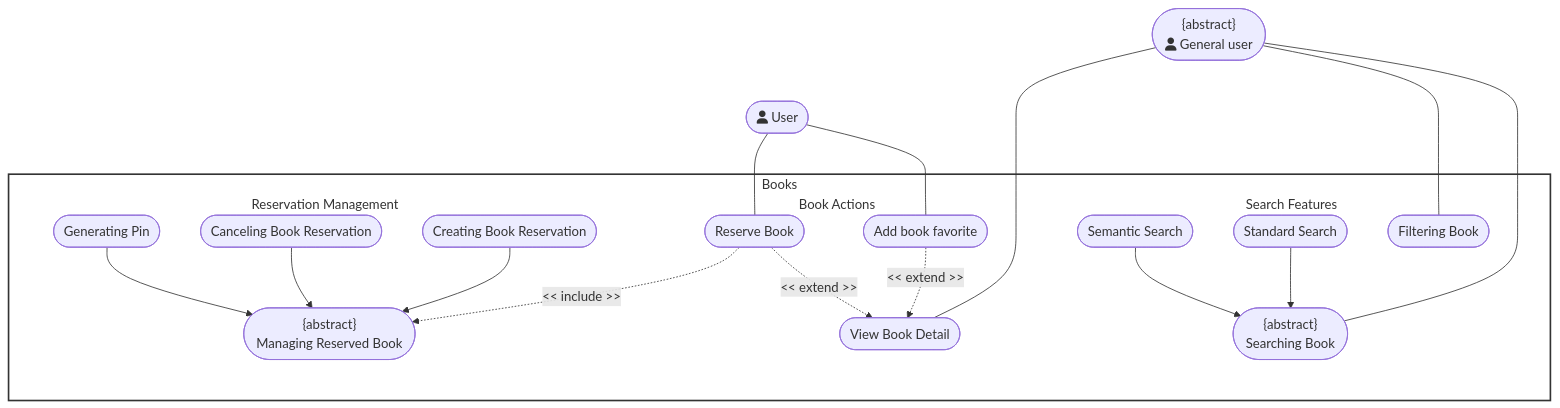
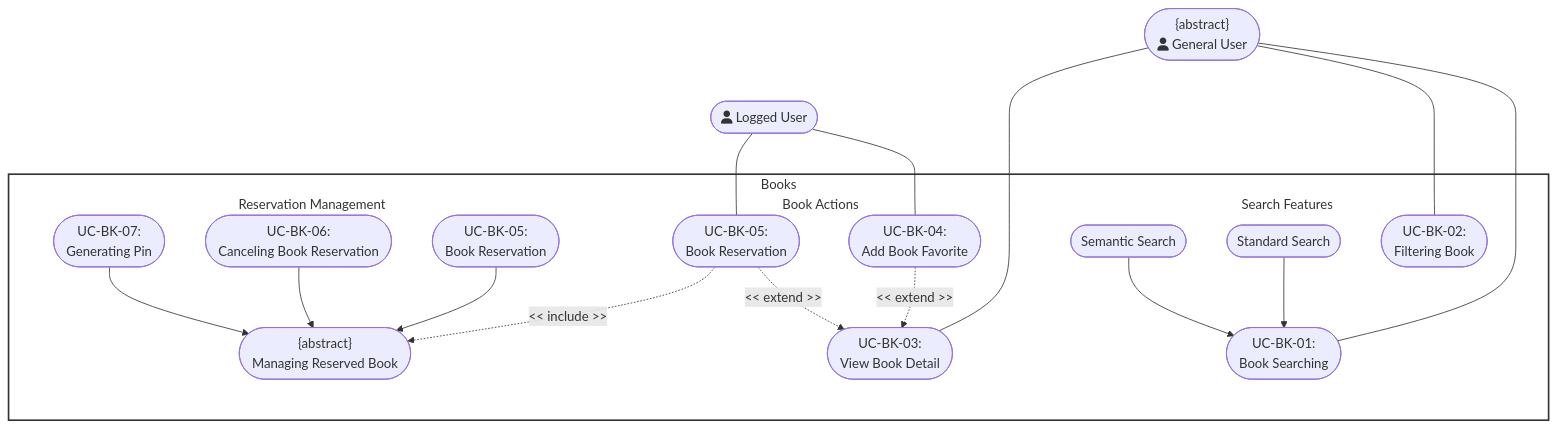
Before and after one commit to DuyNhat1705/AmeThyst-Library: the fourth of 9 diagrams in docs/management/PA3/Use-CaseDiagram.md, drawn with Mermaid. The commit also changed other lines of this file and 67 other files, not shown here.

Commit message:
update the Usecase specification and diagram

````diff
--- a/docs/management/PA3/Use-CaseDiagram.md
+++ b/docs/management/PA3/Use-CaseDiagram.md
@@ -144,65 +142,65 @@
 ```mermaid
 flowchart TD
     %% Actors 
-    Actor1(["<center>{abstract} <br> fa:fa-user General user</center>"])
-    Actor2(["fa:fa-user User"])
+    Actor1(["<center>{abstract} <br> fa:fa-user General User</center>"])
+    Actor2(["fa:fa-user Logged User"])
 
     %% System Boundary Subgraph
     subgraph BooksSystem [Books]
         %% Column 1: Search & Filter Features
         subgraph SearchBlock [Search Features]
             UC_StdSearch([Standard Search])
             UC_SemSearch([Semantic Search])
-            UC_AbsSearching(["<center>{abstract}<br>Searching Book</center>"])
-            UC_Filter([Filtering Book])
+            UC_AbsSearching(["<center>UC-BK-01:<br>Book Searching</center>"])
+            UC_Filter([UC-BK-02:<br>Filtering Book])
         end
         
         %% Column 2: Book Actions
         subgraph ActionBlock [Book Actions]
-            UC_ViewDetail([View Book Detail])
-            UC_AddFav([Add book favorite])
-            UC_Reserve([Reserve Book])
+            UC_ViewDetail([UC-BK-03:<br>View Book Detail])
+            UC_AddFav([UC-BK-04:<br>Add Book Favorite])
+            UC_Reserve([UC-BK-05:<br>Book Reservation])
         end
         
         %% Column 3: Reservation Management
         subgraph ReserveBlock [Reservation Management]
             UC_AbsManageReserve(["<center>{abstract}<br>Managing Reserved Book</center>"])
-            UC_CreateReserve([Creating Book Reservation])
-            UC_CancelReserve([Canceling Book Reservation])
-            UC_GenPin([Generating Pin])
+            UC_CreateReserve([UC-BK-05:<br>Book Reservation])
+            UC_CancelReserve([UC-BK-06:<br>Canceling Book Reservation])
+            UC_GenPin([UC-BK-07:<br>Generating Pin])
         end
     end
 
     %% -------------------------------------------------------------
     %% Actor Associations
     %% -------------------------------------------------------------
     Actor1 --- UC_AbsSearching
     Actor1 --- UC_Filter
     Actor1 --- UC_ViewDetail
     Actor2 --- UC_AddFav
     Actor2 --- UC_Reserve
     Actor1 ~~~ Actor2
 
     %% -------------------------------------------------------------
     %% Generalization Relationships
     %% -------------------------------------------------------------
     UC_StdSearch --> UC_AbsSearching
     UC_SemSearch --> UC_AbsSearching
     
     UC_CreateReserve --> UC_AbsManageReserve
     UC_CancelReserve --> UC_AbsManageReserve
     UC_GenPin --> UC_AbsManageReserve
 
     %% -------------------------------------------------------------
     %% Extend & Include Relationships
     %% -------------------------------------------------------------
     UC_AddFav -. "<< extend >>" .-> UC_ViewDetail
     UC_Reserve -. "<< extend >>" .-> UC_ViewDetail
     UC_Reserve -. "<< include >>" .-> UC_AbsManageReserve
 
     %% Styling
     style BooksSystem fill:#fff,stroke:#333,stroke-width:2px
     style SearchBlock fill:none,stroke:none
     style ActionBlock fill:none,stroke:none
     style ReserveBlock fill:none,stroke:none
 ```
````
